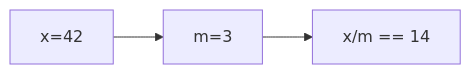
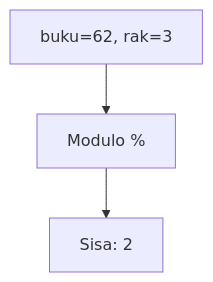
The third of 25 diagrams in part-c-pemahaman-cpp/01-tipe-data/latihan/set-09.md (amnahwaida/OSNK_INF_PREP), drawn with Mermaid before and after one commit. The commit also changed other lines of this file and 71 other files, not shown here.

````diff
--- a/part-c-pemahaman-cpp/01-tipe-data/latihan/set-09.md
+++ b/part-c-pemahaman-cpp/01-tipe-data/latihan/set-09.md
@@ -75,5 +79,5 @@
 ```mermaid
-graph LR
-A["x=42"] --> B["m=3"]
-B --> C["x/m == 14"]
+graph TD
+A["buku=62, rak=3"] --> B["Modulo %"]
+B --> C["Sisa: 2"]
 ```
````
